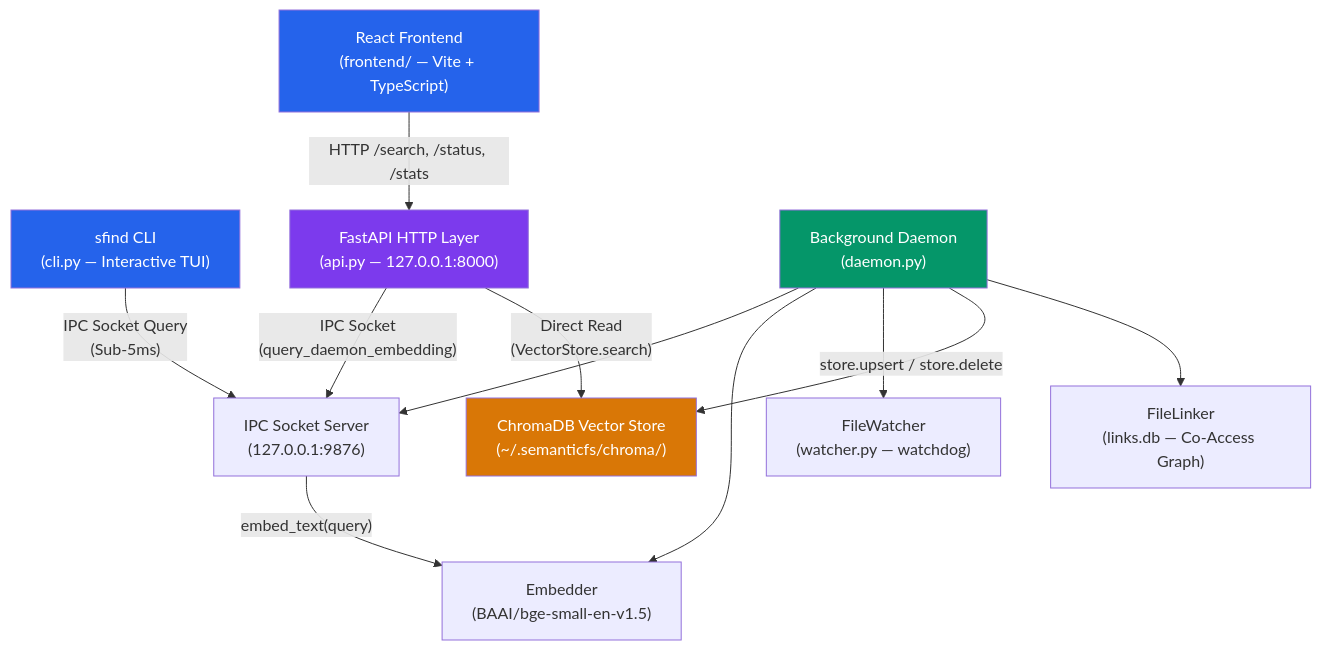
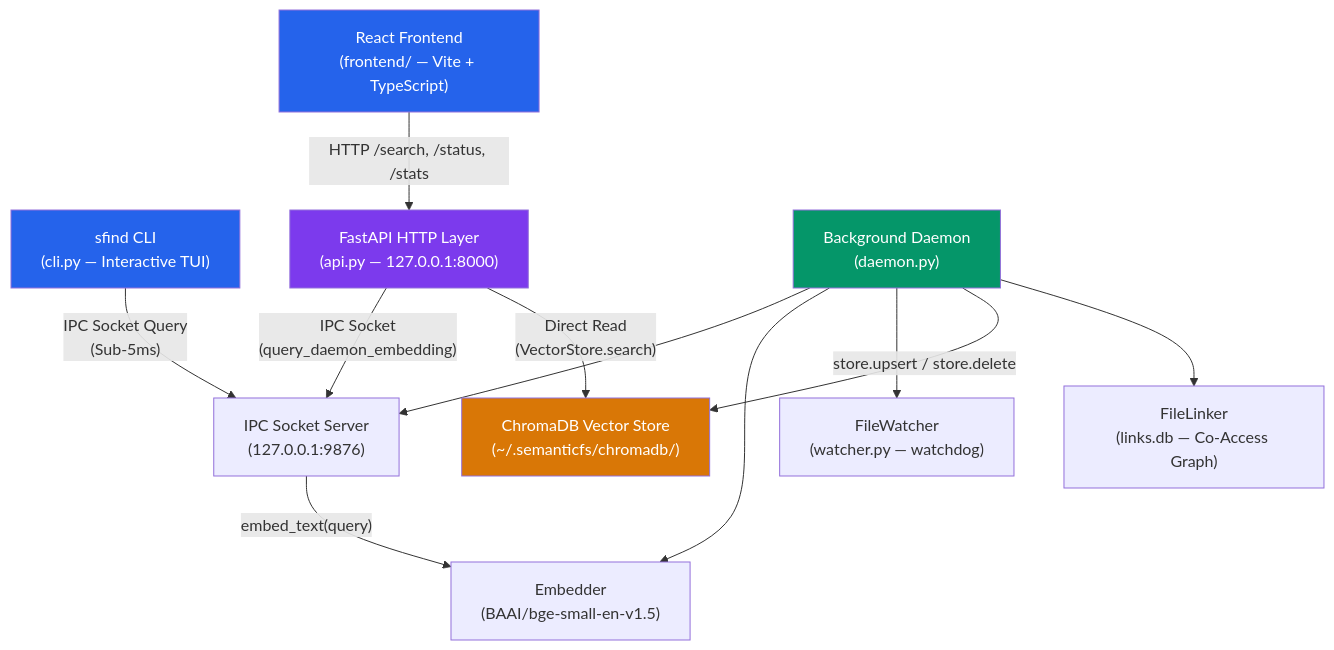
One commit to Rioeio/SemanticFS changed the first of 2 diagrams in README.md. Above: the diagram before and after it, drawn with Mermaid. The commit also changed other lines of this file and 22 other files, not shown here.

````diff
--- a/README.md
+++ b/README.md
@@ -293,29 +294,29 @@
 ```mermaid
 graph TD
     CLI["sfind CLI<br/>(cli.py — Interactive TUI)"]
     REACT["React Frontend<br/>(frontend/ — Vite + TypeScript)"]
     FASTAPI["FastAPI HTTP Layer<br/>(api.py — 127.0.0.1:8000)"]
     DAEMON["Background Daemon<br/>(daemon.py)"]
     IPC["IPC Socket Server<br/>(127.0.0.1:9876)"]
     EMBEDDER["Embedder<br/>(BAAI/bge-small-en-v1.5)"]
     WATCHER["FileWatcher<br/>(watcher.py — watchdog)"]
-    CHROMA["ChromaDB Vector Store<br/>(~/.semanticfs/chroma/)"]
+    CHROMA["ChromaDB Vector Store<br/>(~/.semanticfs/chromadb/)"]
     LINKER["FileLinker<br/>(links.db — Co-Access Graph)"]
 
     CLI -- "IPC Socket Query<br/>(Sub-5ms)" --> IPC
     REACT -- "HTTP /search, /status, /stats" --> FASTAPI
     FASTAPI -- "IPC Socket<br/>(query_daemon_embedding)" --> IPC
     FASTAPI -- "Direct Read<br/>(VectorStore.search)" --> CHROMA
     DAEMON --> IPC
     DAEMON --> EMBEDDER
     DAEMON --> WATCHER
     DAEMON -- "store.upsert / store.delete" --> CHROMA
     DAEMON --> LINKER
     IPC -- "embed_text(query)" --> EMBEDDER
 
     style CLI fill:#2563eb,color:#fff
     style REACT fill:#2563eb,color:#fff
     style FASTAPI fill:#7c3aed,color:#fff
     style DAEMON fill:#059669,color:#fff
     style CHROMA fill:#d97706,color:#fff
 ```
````
